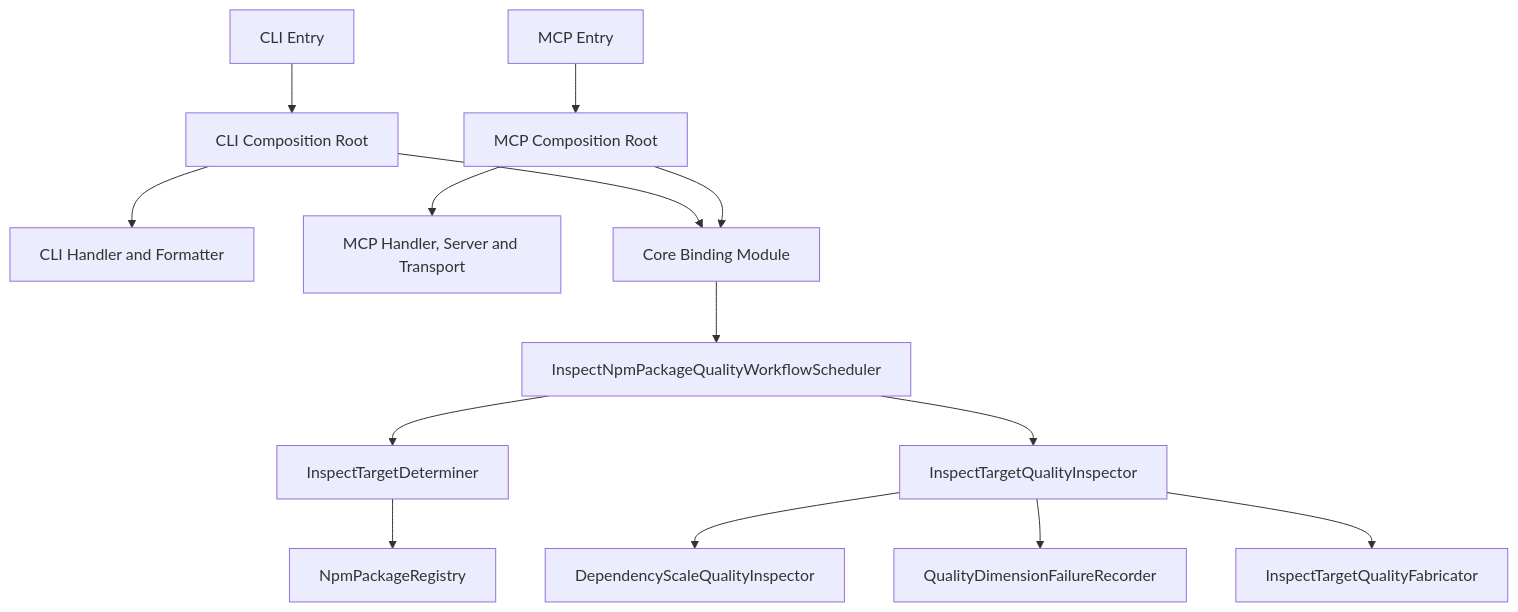
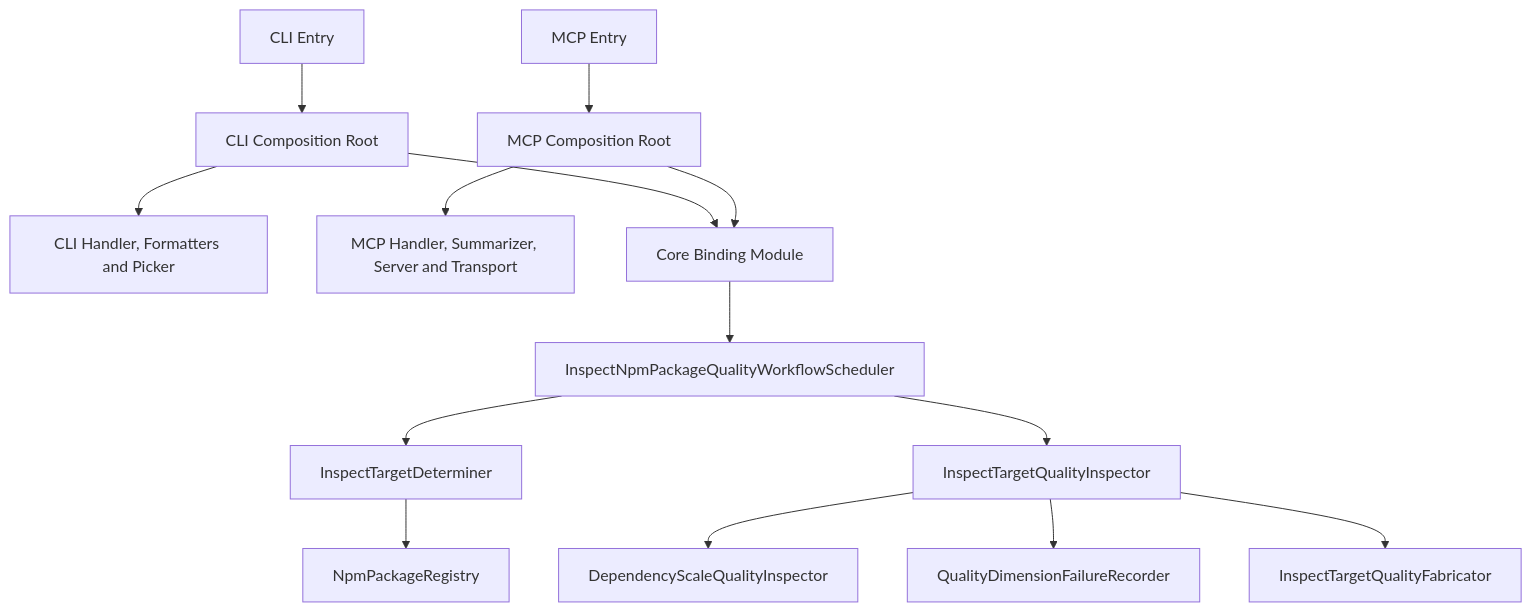
Before and after one commit to huang-xiao-jian/bluey: the diagram in specs/npm-plus/dependency-injection-refactor.md, drawn with Mermaid. The commit also changed other lines of this file and 21 other files, not shown here.

````diff
--- a/specs/npm-plus/dependency-injection-refactor.md
+++ b/specs/npm-plus/dependency-injection-refactor.md
@@ -36,19 +36,19 @@
 ```mermaid
 flowchart TB
     CliEntry[CLI Entry] --> CliRoot[CLI Composition Root]
     McpEntry[MCP Entry] --> McpRoot[MCP Composition Root]
 
-    CliRoot --> CliAdapter[CLI Handler and Formatter]
-    McpRoot --> McpAdapter[MCP Handler, Server and Transport]
+    CliRoot --> CliAdapter[CLI Handler, Formatters and Picker]
+    McpRoot --> McpAdapter[MCP Handler, Summarizer, Server and Transport]
 
     CliRoot --> CoreModule[Core Binding Module]
     McpRoot --> CoreModule
 
     CoreModule --> Workflow[InspectNpmPackageQualityWorkflowScheduler]
     Workflow --> Target[InspectTargetDeterminer]
     Workflow --> Quality[InspectTargetQualityInspector]
     Target --> Registry[NpmPackageRegistry]
     Quality --> Scale[DependencyScaleQualityInspector]
     Quality --> Recorder[QualityDimensionFailureRecorder]
     Quality --> Fabricator[InspectTargetQualityFabricator]
 ```
````
